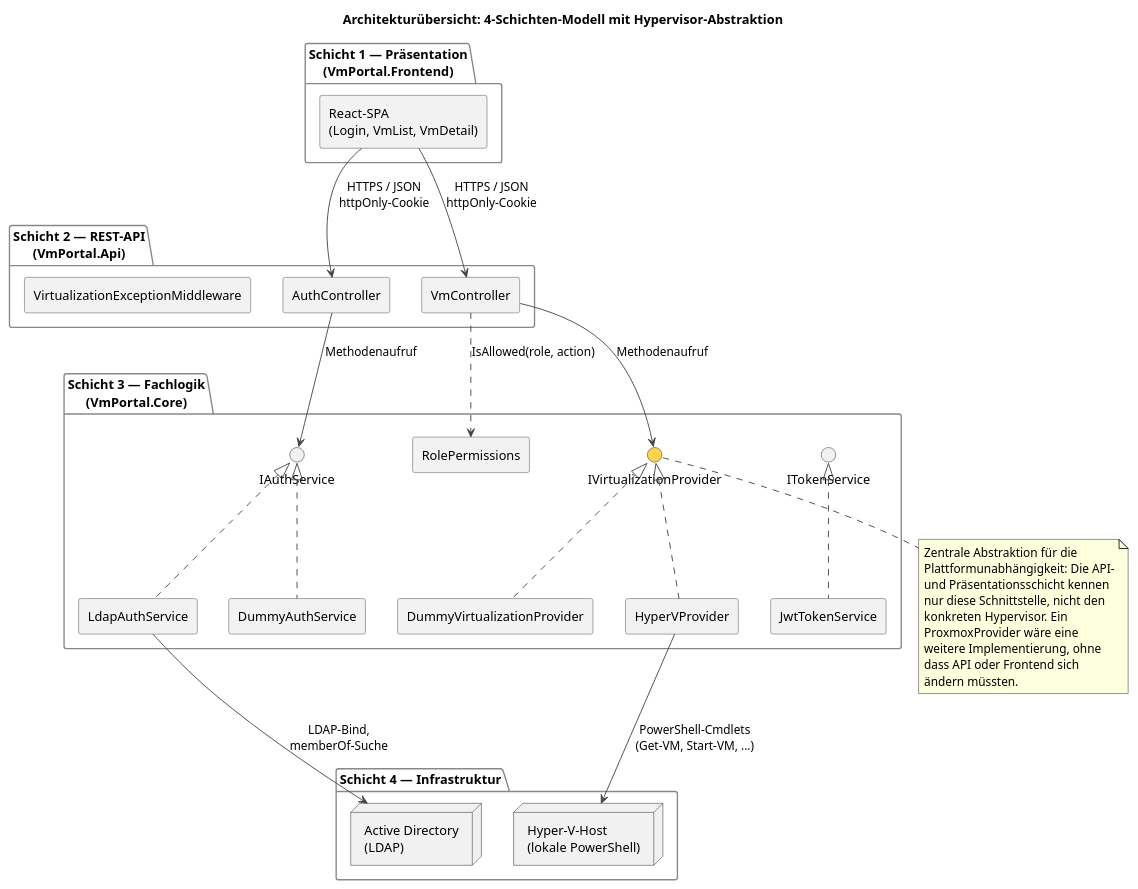
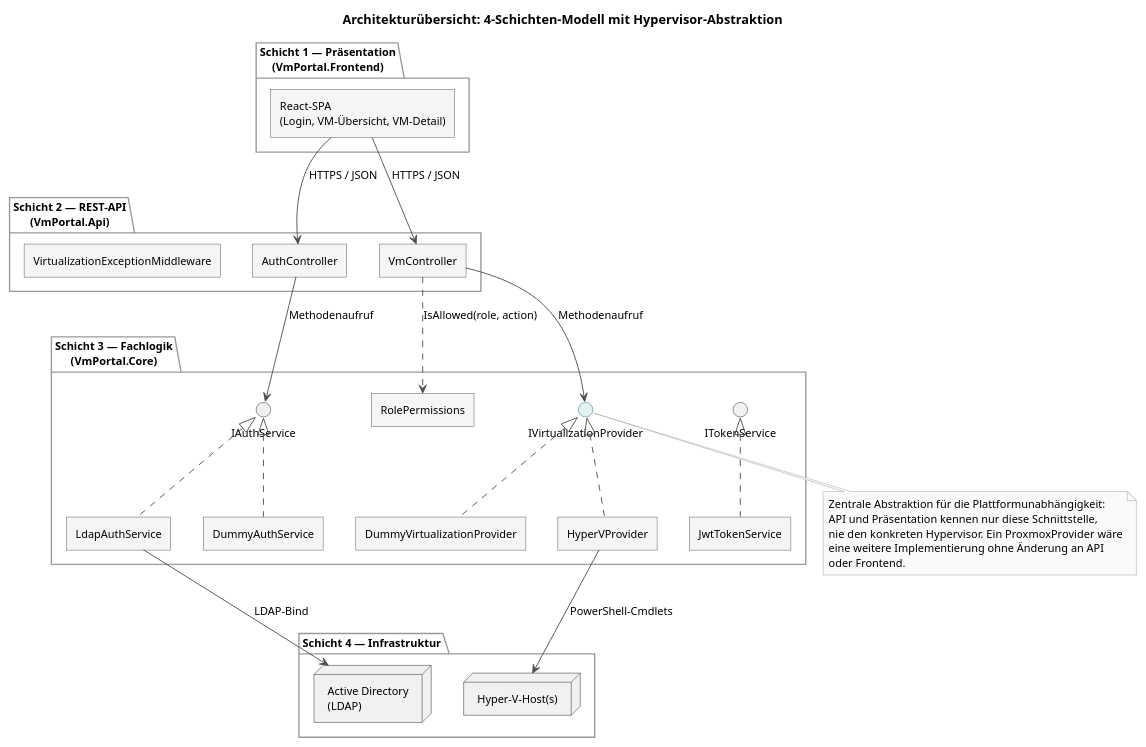
Before and after one commit to mikaildhbw/vm-portal: the diagram in thesis/diagrams/architektur_uebersicht.puml, drawn with PlantUML. The commit also changed 19 other files, not shown here.

```diff
--- a/thesis/diagrams/architektur_uebersicht.puml
+++ b/thesis/diagrams/architektur_uebersicht.puml
@@ -1,72 +1,75 @@
 @startuml architektur_uebersicht
 title Architekturübersicht: 4-Schichten-Modell mit Hypervisor-Abstraktion
 
+skinparam backgroundColor white
+skinparam shadowing false
+skinparam roundCorner 0
+skinparam defaultFontSize 12
 skinparam componentStyle rectangle
-skinparam backgroundColor white
 skinparam component {
-  BackgroundColor #F2F2F2
-  BorderColor #444444
-  ArrowColor #444444
+  BackgroundColor #F5F5F5
+  BorderColor #4D4D4D
+  ArrowColor #4D4D4D
 }
 skinparam package {
-  BackgroundColor #FFFFFF
-  BorderColor #888888
+  BackgroundColor white
+  BorderColor #999999
+}
+skinparam note {
+  BackgroundColor #FAFAFA
+  BorderColor #999999
 }
 
 package "Schicht 1 — Präsentation\n(VmPortal.Frontend)" as GUI {
-  [React-SPA\n(Login, VmList, VmDetail)] as ReactSpa
+  [React-SPA\n(Login, VM-Übersicht, VM-Detail)] as ReactSpa
 }
 
 package "Schicht 2 — REST-API\n(VmPortal.Api)" as API {
   [AuthController] as AuthController
   [VmController] as VmController
   [VirtualizationExceptionMiddleware] as Middleware
 }
 
 package "Schicht 3 — Fachlogik\n(VmPortal.Core)" as CORE {
-  interface "IVirtualizationProvider" as IVP #FFD54F
+  interface "IVirtualizationProvider" as IVP #E3F2F1;line:00707A
   interface "IAuthService" as IAuth
   interface "ITokenService" as IToken
   [RolePermissions] as RolePerm
 
   [HyperVProvider] as HyperVProvider
   [DummyVirtualizationProvider] as DummyProvider
   [LdapAuthService] as LdapAuthService
   [DummyAuthService] as DummyAuthService
   [JwtTokenService] as JwtTokenService
 
   HyperVProvider .up.|> IVP
   DummyProvider .up.|> IVP
   LdapAuthService .up.|> IAuth
   DummyAuthService .up.|> IAuth
   JwtTokenService .up.|> IToken
 }
 
 package "Schicht 4 — Infrastruktur" as INFRA {
-  node "Hyper-V-Host\n(lokale PowerShell)" as HyperVHost
+  node "Hyper-V-Host(s)" as HyperVHost
   node "Active Directory\n(LDAP)" as AD
 }
 
-ReactSpa -down-> AuthController : "HTTPS / JSON\nhttpOnly-Cookie"
-ReactSpa -down-> VmController : "HTTPS / JSON\nhttpOnly-Cookie"
+ReactSpa -down-> AuthController : HTTPS / JSON
+ReactSpa -down-> VmController : HTTPS / JSON
 
-AuthController -down-> IAuth : "Methodenaufruf"
-VmController -down-> IVP : "Methodenaufruf"
-VmController .down.> RolePerm : "IsAllowed(role, action)"
+AuthController -down-> IAuth : Methodenaufruf
+VmController -down-> IVP : Methodenaufruf
+VmController .down.> RolePerm : IsAllowed(role, action)
 
-HyperVProvider -down-> HyperVHost : "PowerShell-Cmdlets\n(Get-VM, Start-VM, ...)"
-LdapAuthService -down-> AD : "LDAP-Bind,\nmemberOf-Suche"
+HyperVProvider -down-> HyperVHost : PowerShell-Cmdlets
+LdapAuthService -down-> AD : LDAP-Bind
 
 note bottom of IVP
-  Zentrale Abstraktion für die
-  Plattformunabhängigkeit: Die API-
-  und Präsentationsschicht kennen
-  nur diese Schnittstelle, nicht den
-  konkreten Hypervisor. Ein
-  ProxmoxProvider wäre eine
-  weitere Implementierung, ohne
-  dass API oder Frontend sich
-  ändern müssten.
+  Zentrale Abstraktion für die Plattformunabhängigkeit:
+  API und Präsentation kennen nur diese Schnittstelle,
+  nie den konkreten Hypervisor. Ein ProxmoxProvider wäre
+  eine weitere Implementierung ohne Änderung an API
+  oder Frontend.
 end note
 
 @enduml
```
